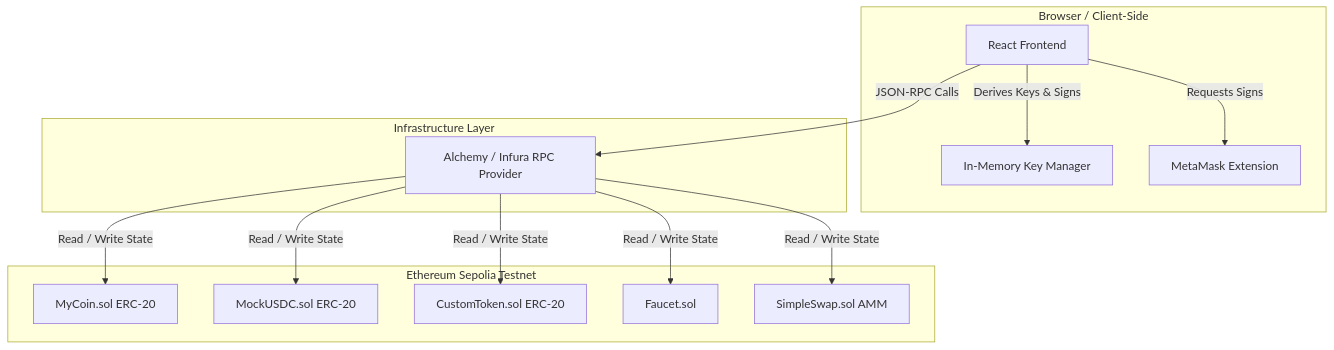
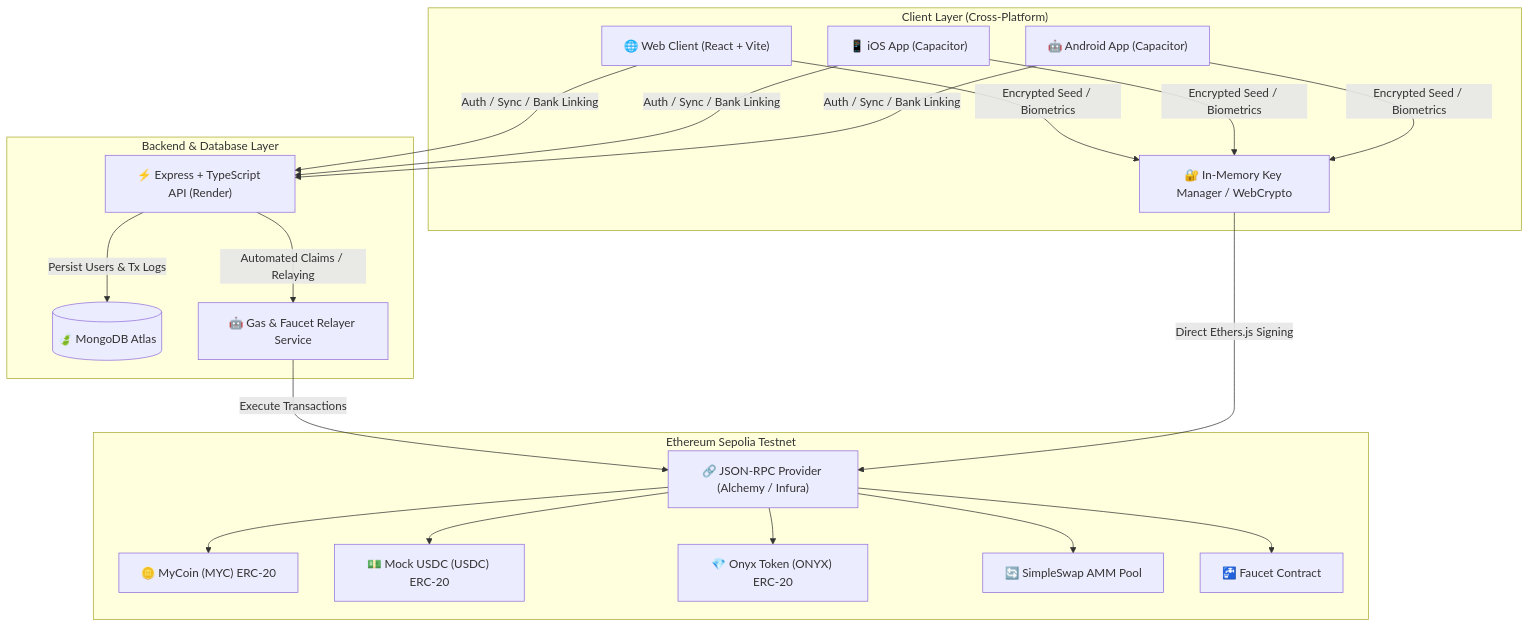
Before and after one commit to daksh1706/onyx: the diagram in README.md, drawn with Mermaid. The commit also changed other lines of this file, not shown here.

Commit message:
docs: update README with full-stack architecture, mobile workflows, backend APIs, and deployment guides

````diff
--- a/README.md
+++ b/README.md
@@ -16,29 +43,32 @@
 ```mermaid
-graph TD
-    subgraph Client ["Browser / Client-Side"]
-        FE[React Frontend]
-        KM[In-Memory Key Manager]
-        MM[MetaMask Extension]
+graph TB
+    subgraph Clients ["Client Layer (Cross-Platform)"]
+        WEB["🌐 Web Client (React + Vite)"]
+        IOS["📱 iOS App (Capacitor)"]
+        AND["🤖 Android App (Capacitor)"]
+        KM["🔐 In-Memory Key Manager / WebCrypto"]
     end
 
-    subgraph Infra ["Infrastructure Layer"]
-        RPC[Alchemy / Infura RPC Provider]
+    subgraph Backend ["Backend & Database Layer"]
+        API["⚡ Express + TypeScript API (Render)"]
+        DB[("🍃 MongoDB Atlas")]
+        RELAYER["🤖 Gas & Faucet Relayer Service"]
     end
 
-    subgraph Testnet ["Ethereum Sepolia Testnet"]
-        MYC[MyCoin.sol ERC-20]
-        USDC[MockUSDC.sol ERC-20]
-        ONYX[CustomToken.sol ERC-20]
-        FAU[Faucet.sol]
-        AMM[SimpleSwap.sol AMM]
+    subgraph Blockchain ["Ethereum Sepolia Testnet"]
+        RPC["🔗 JSON-RPC Provider (Alchemy / Infura)"]
+        MYC["🪙 MyCoin (MYC) ERC-20"]
+        USDC["💵 Mock USDC (USDC) ERC-20"]
+        ONYX["💎 Onyx Token (ONYX) ERC-20"]
+        AMM["🔄 SimpleSwap AMM Pool"]
+        FAUCET["🚰 Faucet Contract"]
     end
 
-    FE -->|Derives Keys & Signs| KM
-    FE -->|Requests Signs| MM
-    FE -->|JSON-RPC Calls| RPC
-    RPC -->|Read / Write State| MYC
-    RPC -->|Read / Write State| USDC
-    RPC -->|Read / Write State| ONYX
-    RPC -->|Read / Write State| FAU
-    RPC -->|Read / Write State| AMM
+    WEB & IOS & AND -->|Encrypted Seed / Biometrics| KM
+    WEB & IOS & AND -->|Auth / Sync / Bank Linking| API
+    API -->|Persist Users & Tx Logs| DB
+    API -->|Automated Claims / Relaying| RELAYER
+    RELAYER -->|Execute Transactions| RPC
+    KM -->|Direct Ethers.js Signing| RPC
+    RPC --> MYC & USDC & ONYX & AMM & FAUCET
 ```
````
